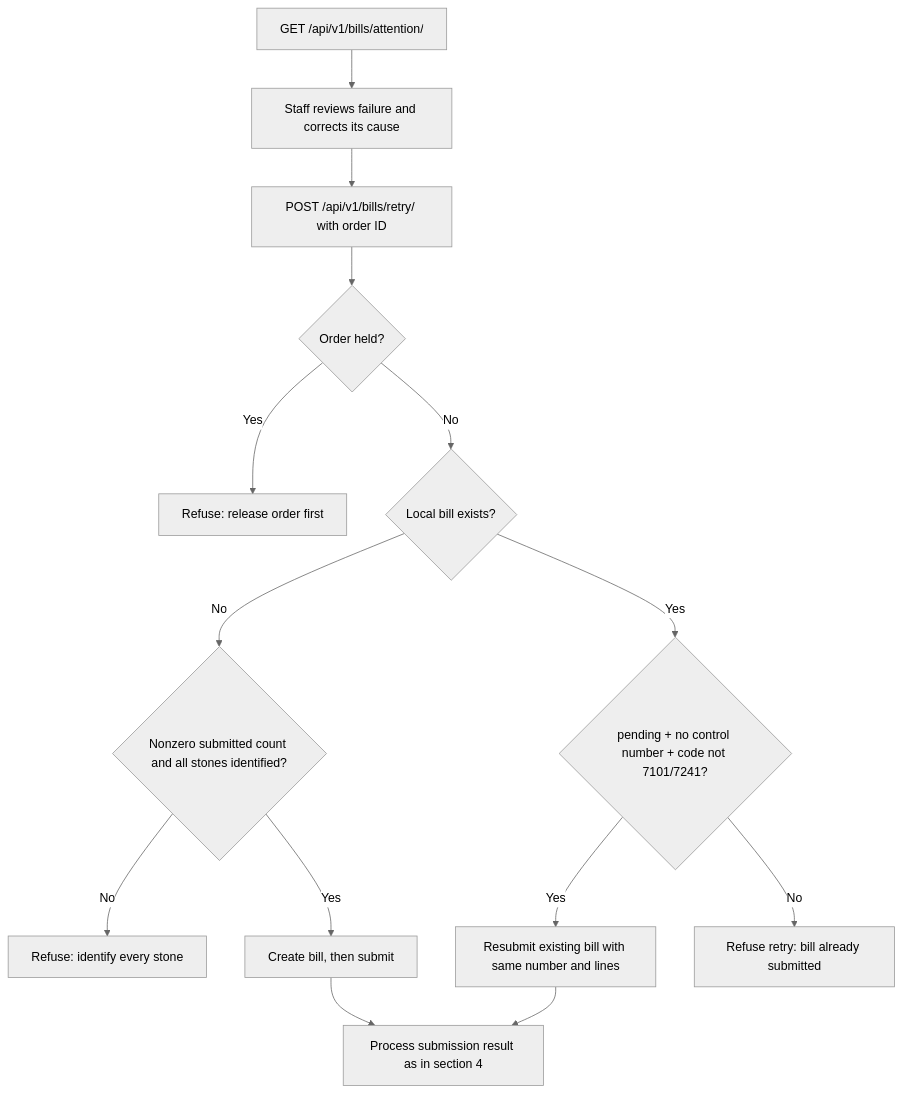
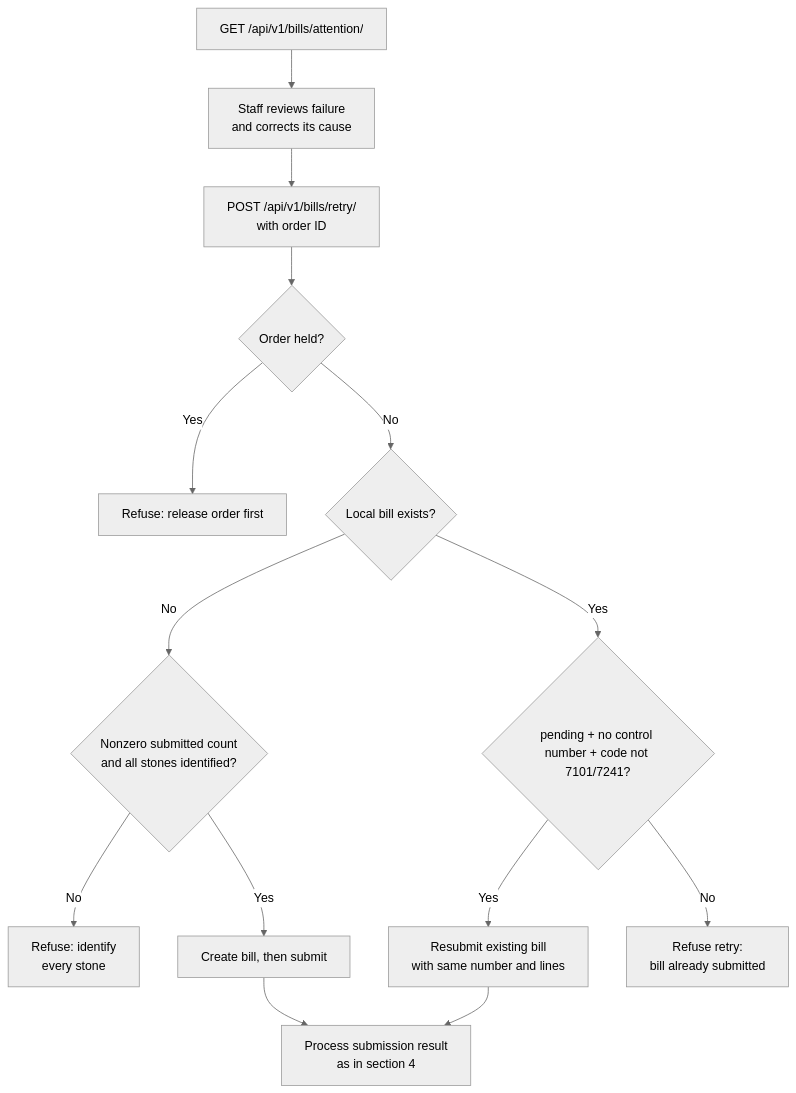
One commit to TGCTZ/TGC-SERVICE-BACKEND changed the sixth of 10 diagrams in docs/gepg/03_GEPG_FLOW_DIAGRAMS.md. Above: the diagram before and after it, drawn with Mermaid (neutral theme). The commit also changed other lines of this file and 23 other files, not shown here.

````diff
--- a/docs/gepg/03_GEPG_FLOW_DIAGRAMS.md
+++ b/docs/gepg/03_GEPG_FLOW_DIAGRAMS.md
@@ -194,16 +194,16 @@
 ```mermaid
 flowchart TD
-    A["GET /api/v1/bills/attention/"] --> B["Staff reviews failure and corrects its cause"]
-    B --> C["POST /api/v1/bills/retry/ with order ID"]
+    A["GET /api/v1/bills/attention/"] --> B["Staff reviews failure<br/>and corrects its cause"]
+    B --> C["POST /api/v1/bills/retry/<br/>with order ID"]
     C --> D{"Order held?"}
     D -->|Yes| E["Refuse: release order first"]
     D -->|No| F{"Local bill exists?"}
-    F -->|No| G{"Nonzero submitted count and all stones identified?"}
-    G -->|No| H["Refuse: identify every stone"]
+    F -->|No| G{"Nonzero submitted count<br/>and all stones identified?"}
+    G -->|No| H["Refuse: identify<br/>every stone"]
     G -->|Yes| I["Create bill, then submit"]
     F -->|Yes| J{"pending + no control number + code not 7101/7241?"}
-    J -->|Yes| K["Resubmit existing bill with same number and lines"]
-    J -->|No| L["Refuse retry: bill already submitted"]
-    K --> M["Process submission result as in section 4"]
+    J -->|Yes| K["Resubmit existing bill<br/>with same number and lines"]
+    J -->|No| L["Refuse retry:<br/>bill already submitted"]
+    K --> M["Process submission result<br/>as in section 4"]
     I --> M
 ```
````
